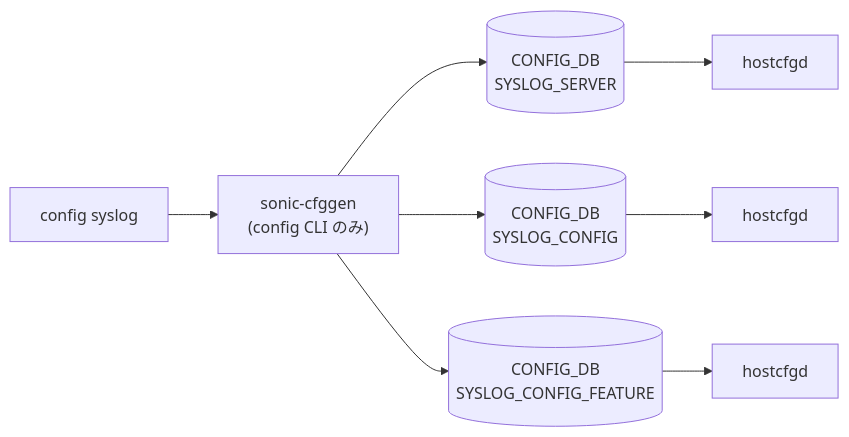
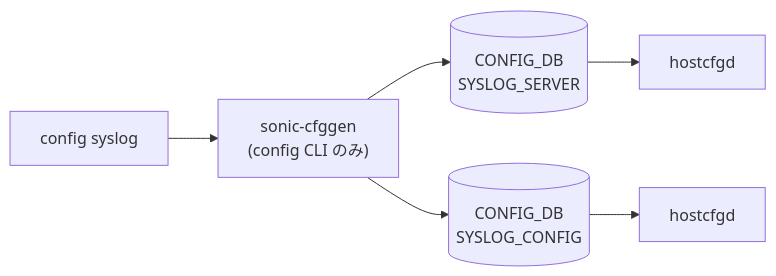
One commit to aoki-taquan/sonic-unofficial-docs changed the diagram in docs/reference/cli/config-syslog.md. Above: the diagram before and after it, drawn with Mermaid. The commit also changed 26 other files, not shown here.

First line of the commit message:
chore(cli): add cli-mermaid blocks to remaining 20 CLI reference pages

````diff
--- a/docs/reference/cli/config-syslog.md
+++ b/docs/reference/cli/config-syslog.md
@@ -162,18 +162,14 @@
 ```mermaid
 flowchart LR
   CLI["config syslog"]
   SC["sonic-cfggen<br/>(config CLI のみ)"]
   CLI --> SC
   CDB0[("CONFIG_DB<br/>SYSLOG_SERVER")]
   SC --> CDB0
   DM0["hostcfgd"]
   CDB0 --> DM0
   CDB1[("CONFIG_DB<br/>SYSLOG_CONFIG")]
   SC --> CDB1
   DM1["hostcfgd"]
   CDB1 --> DM1
-  CDB2[("CONFIG_DB<br/>SYSLOG_CONFIG_FEATURE")]
-  SC --> CDB2
-  DM2["hostcfgd"]
-  CDB2 --> DM2
 ```
````
